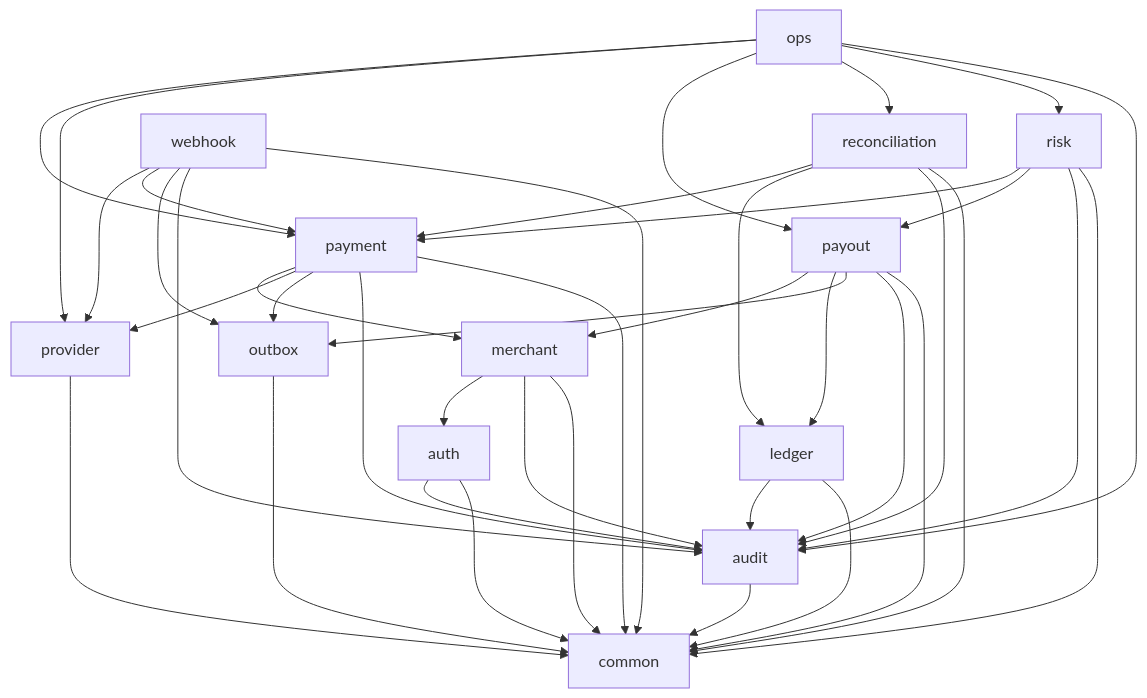
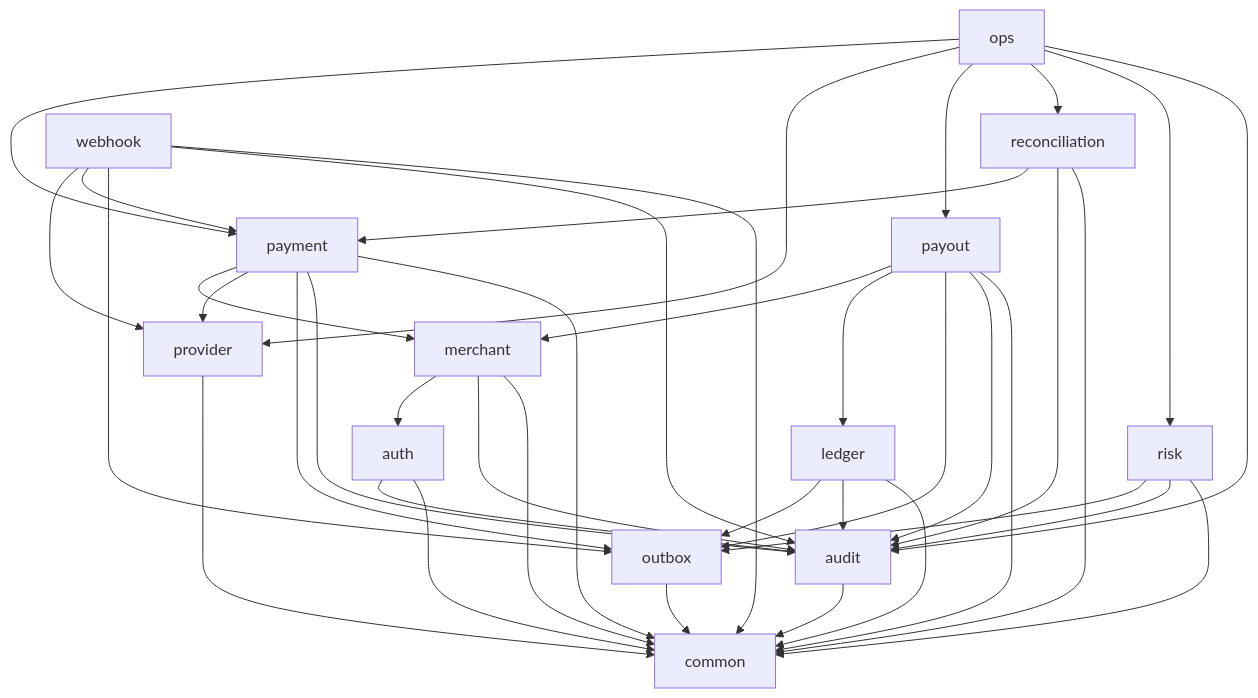
One commit to ashutoshpatil28/PayShield changed the third of 4 diagrams in docs/architecture/system-overview.md. Above: the diagram before and after it, drawn with Mermaid. The commit also changed other lines of this file and 39 other files, not shown here.

````diff
--- a/docs/architecture/system-overview.md
+++ b/docs/architecture/system-overview.md
@@ -41,51 +46,50 @@
 ```mermaid
 flowchart TD
     ops --> payment
     ops --> provider
     ops --> payout
     ops --> recon["reconciliation"]
     ops --> risk
     ops --> audit
 
-    risk --> payment
-    risk --> payout
+    risk --> outbox
     risk --> audit
     risk --> common
 
     payout --> merchant
     payout --> ledger
     payout --> outbox
     payout --> audit
     payout --> common
 
     recon --> payment
-    recon --> ledger
     recon --> audit
     recon --> common
 
     webhook --> provider
     webhook --> payment
     webhook --> outbox
     webhook --> audit
     webhook --> common
 
     payment --> merchant
     payment --> provider
     payment --> outbox
     payment --> audit
     payment --> common
 
+    ledger --> outbox
     ledger --> audit
     ledger --> common
 
     merchant --> auth
     merchant --> audit
     merchant --> common
 
     auth --> audit
     auth --> common
 
     provider --> common
     outbox --> common
     audit --> common
 ```
````
